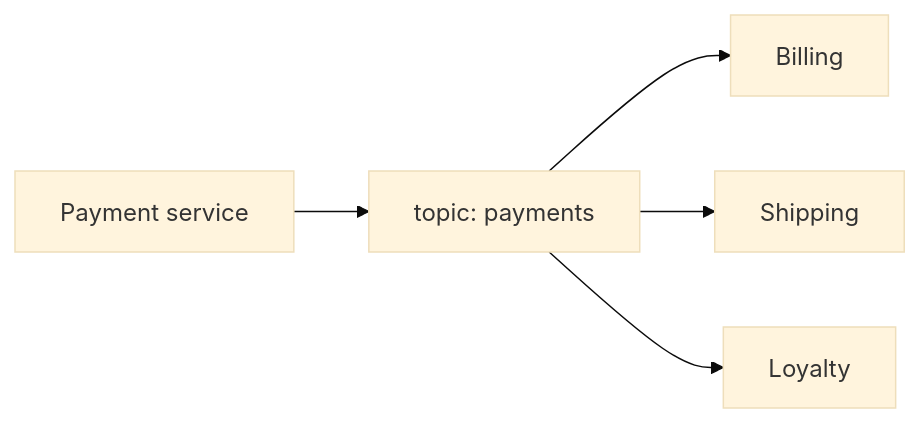
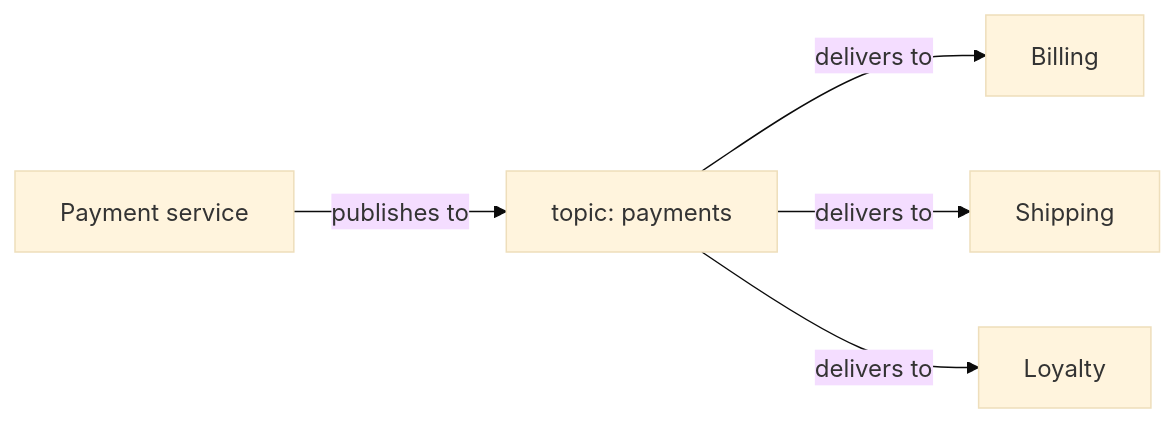
One commit to vinayakuber/microservices-io-study-guide changed diagram 11 of 13 in docs/ch05-messaging.md. Above: the diagram before and after it, drawn with Mermaid (base theme). The commit also changed other lines of this file and 71 other files, not shown here.

First line of the commit message:
R18: label every diagram arrow with its meaning

````diff
--- a/docs/ch05-messaging.md
+++ b/docs/ch05-messaging.md
@@ -397,7 +397,7 @@
 ```mermaid
 flowchart LR
-  PUB["Payment service"] --> TOP["topic: payments"]
-  TOP --> B["Billing"]
-  TOP --> S["Shipping"]
-  TOP --> L["Loyalty"]
+  PUB["Payment service"] -->|"publishes to"| TOP["topic: payments"]
+  TOP -->|"delivers to"| B["Billing"]
+  TOP -->|"delivers to"| S["Shipping"]
+  TOP -->|"delivers to"| L["Loyalty"]
 ```
````
